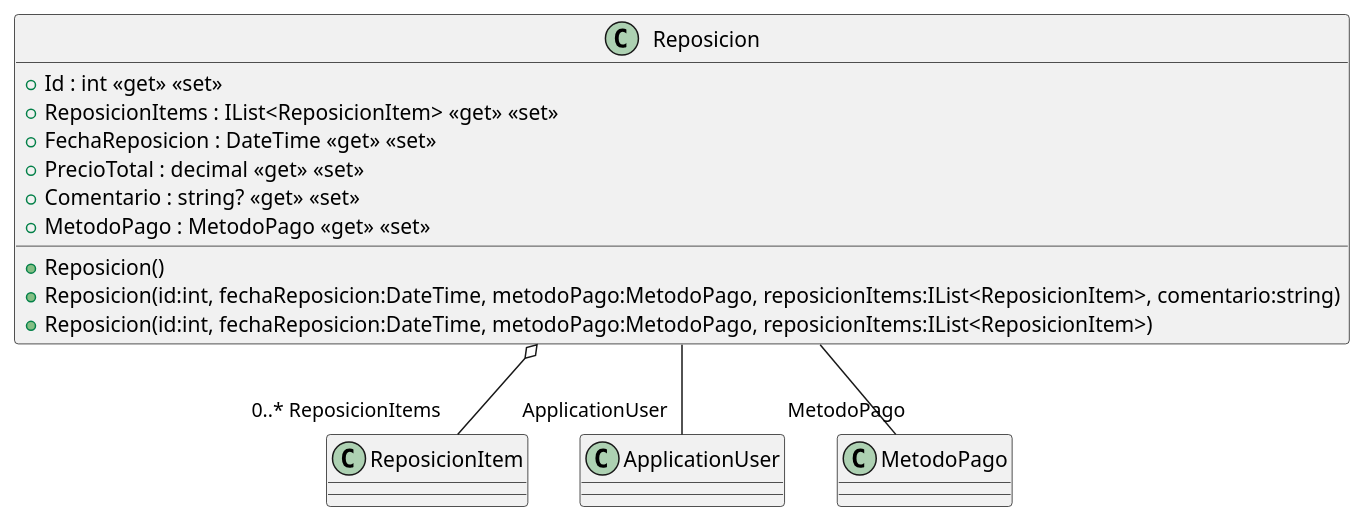
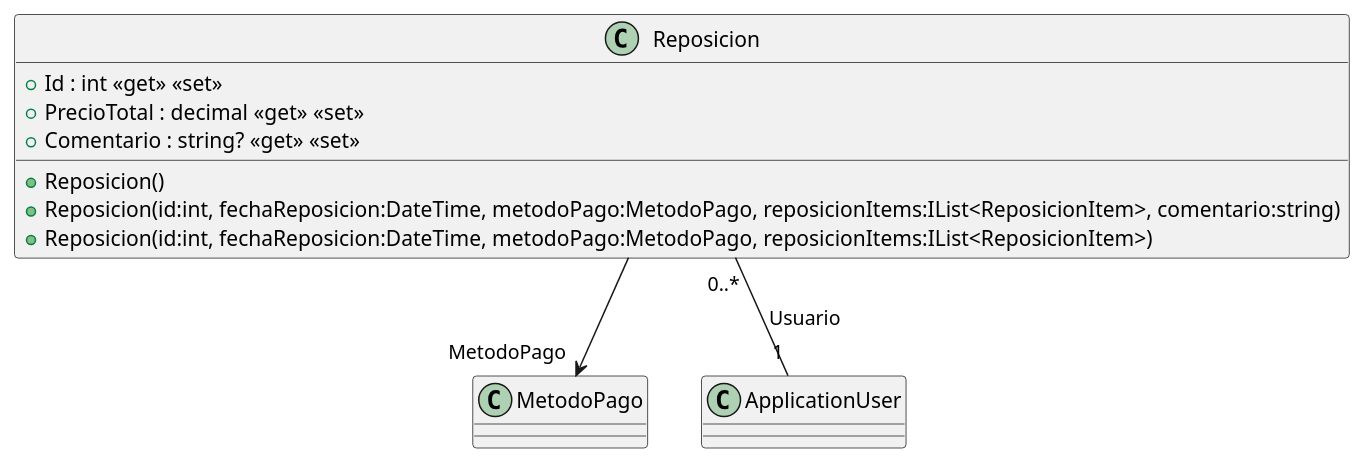
Before and after one commit to ISII2627DDNProject/ISII2627DDNProject: the diagram in src/AppForSEII.API/ClassDiagram/Reposicion.puml, drawn with PlantUML. The commit also changed other lines of this file and 11 other files, not shown here.

First line of the commit message:
Implementación dell diagrama del CU1: Comprar libros (#74)

```diff
--- a/src/AppForSEII.API/ClassDiagram/Reposicion.puml
+++ b/src/AppForSEII.API/ClassDiagram/Reposicion.puml
@@ -1,19 +1,12 @@
 @startuml
 class Reposicion {
     + Reposicion()
     + Reposicion(id:int, fechaReposicion:DateTime, metodoPago:MetodoPago, reposicionItems:IList<ReposicionItem>, comentario:string)
     + Reposicion(id:int, fechaReposicion:DateTime, metodoPago:MetodoPago, reposicionItems:IList<ReposicionItem>)
     + Id : int <<get>> <<set>>
-    + ReposicionItems : IList<ReposicionItem> <<get>> <<set>>
-    + FechaReposicion : DateTime <<get>> <<set>>
     + PrecioTotal : decimal <<get>> <<set>>
     + Comentario : string? <<get>> <<set>>
-    + MetodoPago : MetodoPago <<get>> <<set>>
 }
-
-Reposicion o-- "0..* ReposicionItems" "ReposicionItem"
-Reposicion -- "ApplicationUser" ApplicationUser
-Reposicion -- "MetodoPago" MetodoPago
-
-
+Reposicion --> "MetodoPago" MetodoPago
+Reposicion "0..*" -- "1" ApplicationUser : Usuario
 @enduml
```
